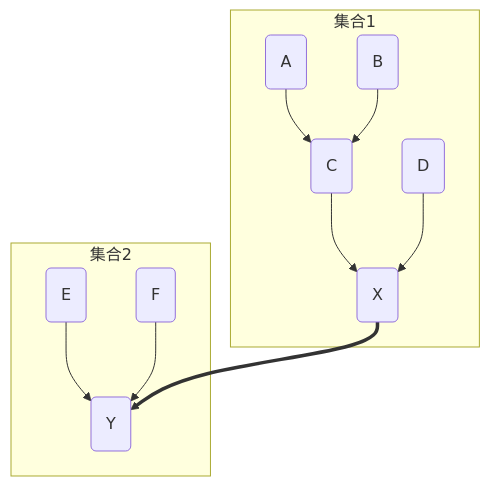
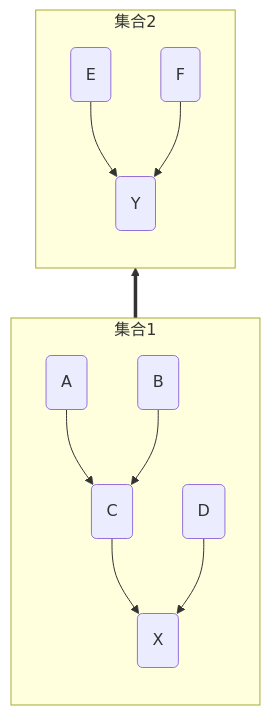
Before and after one commit to dmjcb/SelfBlog: the fourth of 6 diagrams in DataStructures/Graph/并查集与最小生成树.md, drawn with Mermaid. The commit also changed other lines of this file and 42 other files, not shown here.

````diff
--- a/DataStructures/Graph/并查集与最小生成树.md
+++ b/DataStructures/Graph/并查集与最小生成树.md
@@ -185,17 +187,19 @@
 ```mermaid
-graph TB;
+graph BT;
+    subgraph 集合2
+    direction TB
+        e(E)-->y(Y)
+        f(F)-->y(Y)
+    end
+
     subgraph 集合1
+    direction TB
         a(A)-->c(C)
         b(B)-->c(C)
         c(C)-->x(X)
 
         d(D)-->x(X)
     end
 
-    subgraph 集合2
-        e(E)-->y(Y)
-        f(F)-->y(Y)
-    end
-
     x(X)==>y(Y)
 ```
````
